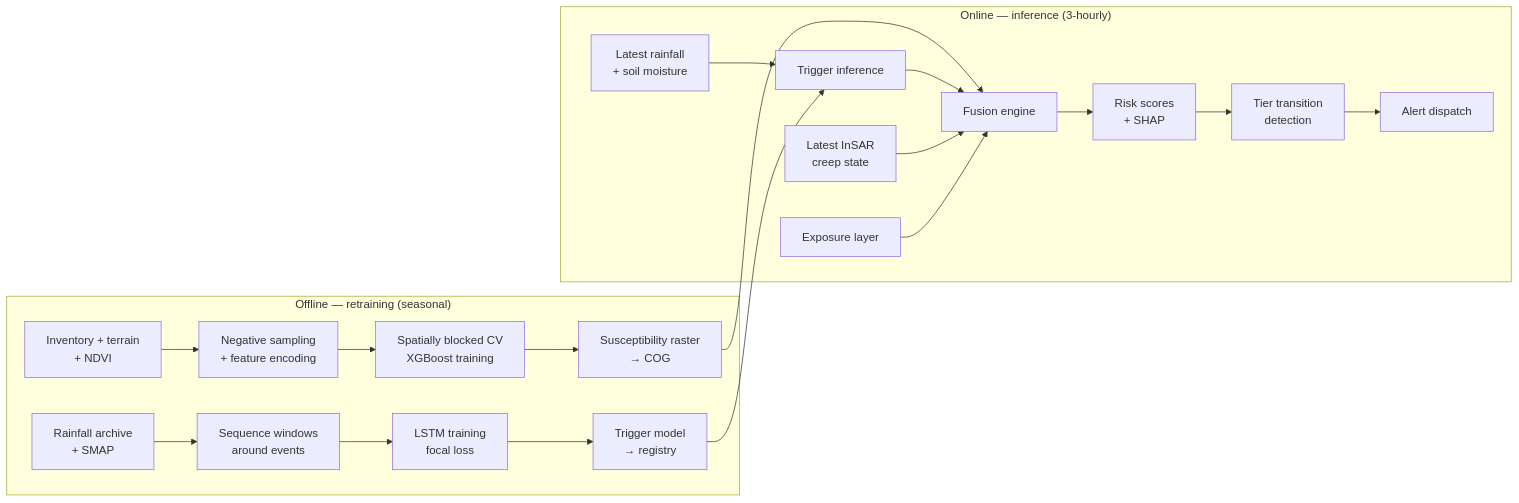
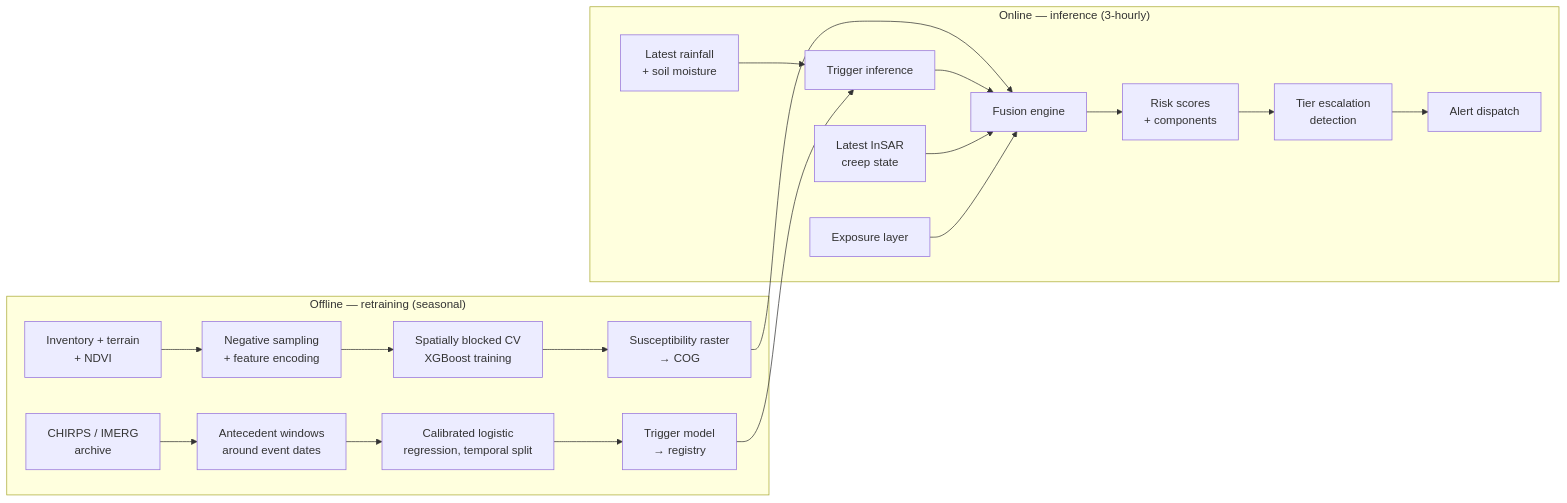
The fifth of 6 diagrams in README.md (ankita1477/landslide-early-warning-ner), drawn with Mermaid before and after one commit. The commit also changed other lines of this file, not shown here.

````diff
--- a/README.md
+++ b/README.md
@@ -1013,19 +1008,19 @@
 ```mermaid
 flowchart LR
     subgraph OFF["Offline — retraining (seasonal)"]
         A1["Inventory + terrain<br/>+ NDVI"] --> A2["Negative sampling<br/>+ feature encoding"]
         A2 --> A3["Spatially blocked CV<br/>XGBoost training"]
         A3 --> A4["Susceptibility raster<br/>→ COG"]
-        B1["Rainfall archive<br/>+ SMAP"] --> B2["Sequence windows<br/>around events"]
-        B2 --> B3["LSTM training<br/>focal loss"]
+        B1["CHIRPS / IMERG<br/>archive"] --> B2["Antecedent windows<br/>around event dates"]
+        B2 --> B3["Calibrated logistic<br/>regression, temporal split"]
         B3 --> B4["Trigger model<br/>→ registry"]
     end
     subgraph ON["Online — inference (3-hourly)"]
         C1["Latest rainfall<br/>+ soil moisture"] --> C2["Trigger inference"]
         A4 --> C3["Fusion engine"]
         B4 --> C2 --> C3
         C4["Latest InSAR<br/>creep state"] --> C3
         C5["Exposure layer"] --> C3
-        C3 --> C6["Risk scores<br/>+ SHAP"] --> C7["Tier transition<br/>detection"] --> C8["Alert dispatch"]
+        C3 --> C6["Risk scores<br/>+ components"] --> C7["Tier escalation<br/>detection"] --> C8["Alert dispatch"]
     end
 ```
````
